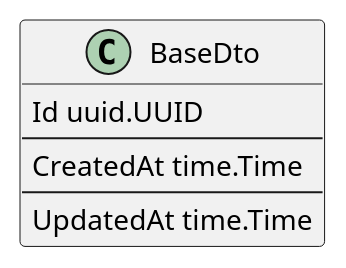
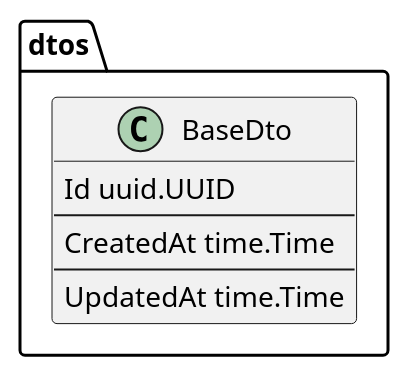
The diagram in docs/plantuml/dto/BaseDto.puml (lf-edge/rol), drawn with PlantUML before and after one commit. The commit also changed 26 other files, not shown here.

```diff
--- a/docs/plantuml/dto/BaseDto.puml
+++ b/docs/plantuml/dto/BaseDto.puml
@@ -1,11 +1,13 @@
 @startuml BaseDto
 
-class BaseDto {
-    Id uuid.UUID
-    --
-    CreatedAt time.Time
-    --
-    UpdatedAt time.Time
+package dtos {
+    class BaseDto {
+        Id uuid.UUID
+        --
+        CreatedAt time.Time
+        --
+        UpdatedAt time.Time
+    }
 }
 
 @enduml
```
